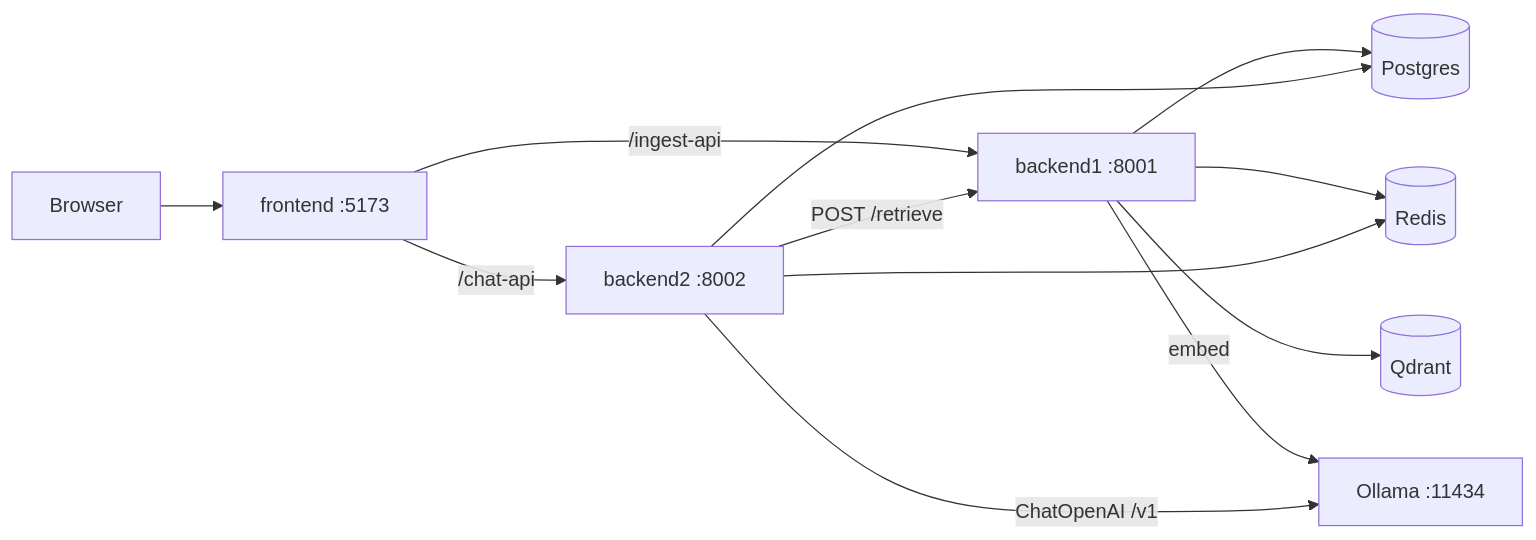
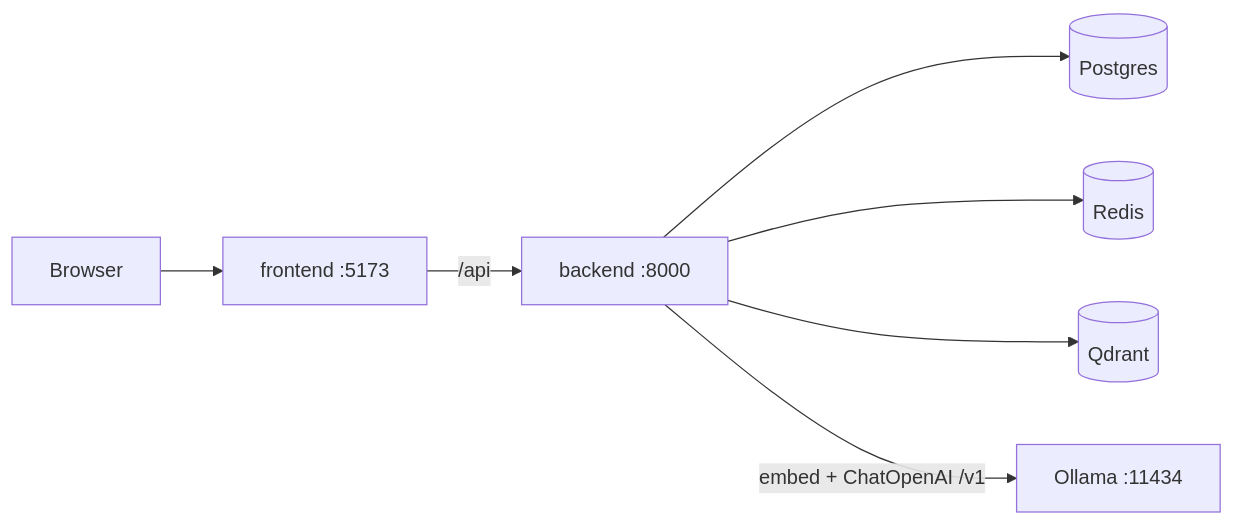
Before and after one commit to nehc255646/sdnu-enterprise-rag: the diagram in README.en.md, drawn with Mermaid. The commit also changed other lines of this file and 134 other files, not shown here.

````diff
--- a/README.en.md
+++ b/README.en.md
@@ -33,20 +33,15 @@
 ```mermaid
 flowchart LR
   Browser[Browser]
   FE[frontend :5173]
-  B1[backend1 :8001]
-  B2[backend2 :8002]
+  BE[backend :8000]
   PG[(Postgres)]
   RD[(Redis)]
   QD[(Qdrant)]
   OL[Ollama :11434]
 
   Browser --> FE
-  FE -->|/ingest-api| B1
-  FE -->|/chat-api| B2
-  B2 -->|POST /retrieve| B1
-  B1 --> PG & RD & QD
-  B2 --> PG & RD
-  B1 -->|embed| OL
-  B2 -->|ChatOpenAI /v1| OL
+  FE -->|/api| BE
+  BE --> PG & RD & QD
+  BE -->|embed + ChatOpenAI /v1| OL
 ```
````
